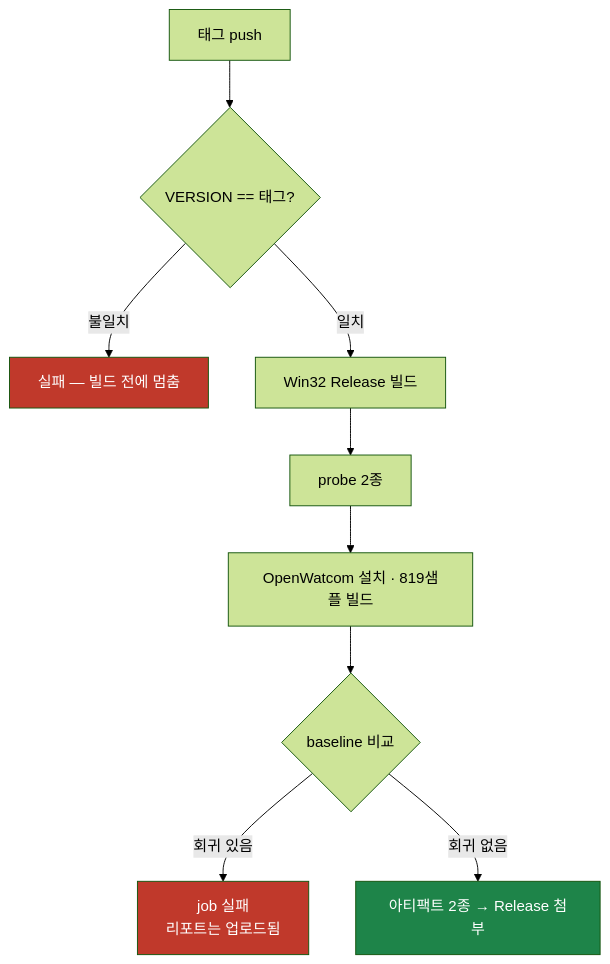
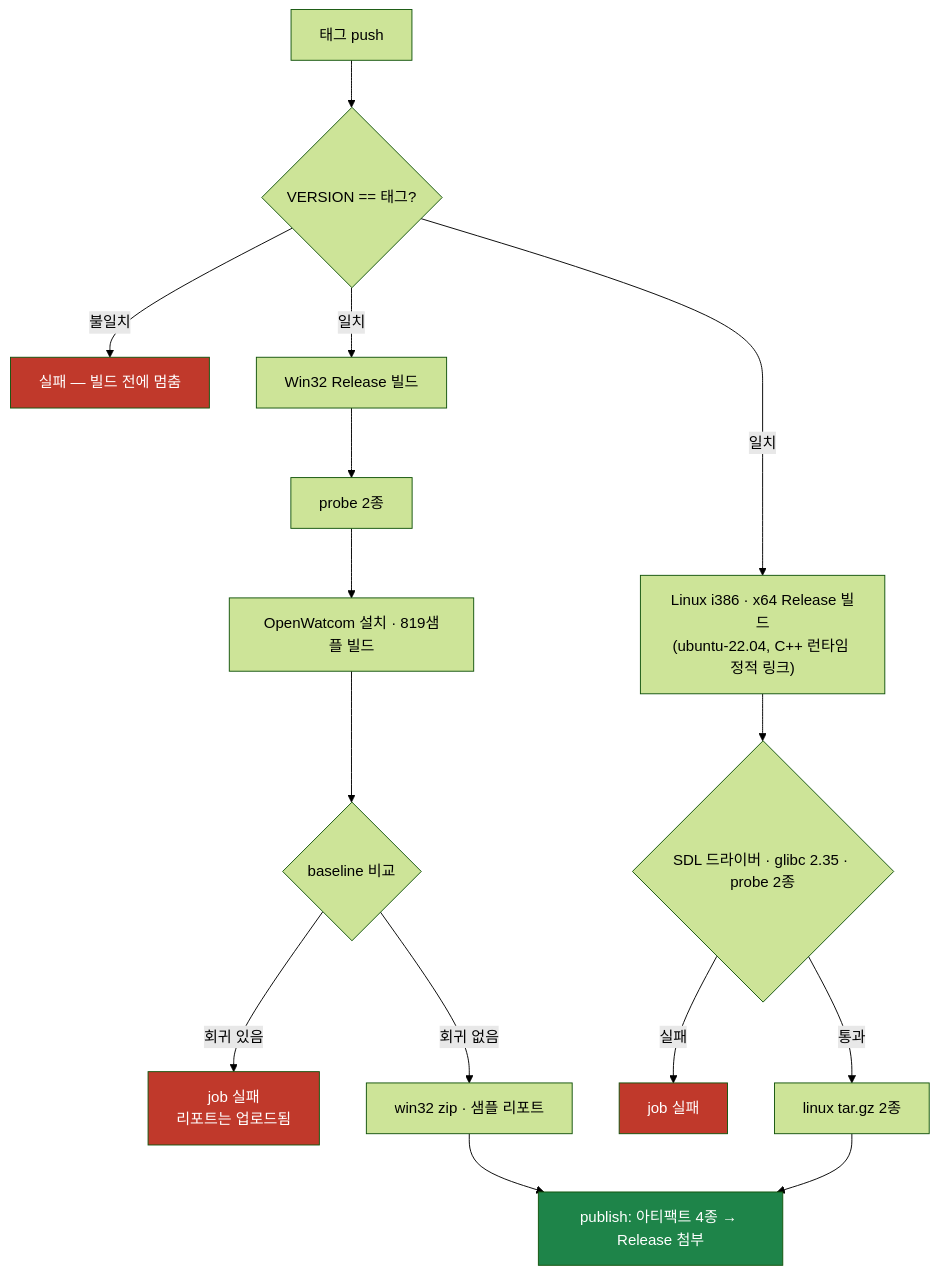
The diagram in docs/guides/release-and-ci.md (nworkers/rePIU), drawn with Mermaid (forest theme) before and after one commit. The commit also changed other lines of this file and 10 other files, not shown here.

First line of the commit message:
rePIU v0.0.199: Linux i386 and x64 archives in the GitHub release

````diff
--- a/docs/guides/release-and-ci.md
+++ b/docs/guides/release-and-ci.md
@@ -23,14 +25,21 @@
 ```mermaid
 flowchart TD
     A["태그 push"] --> B{"VERSION == 태그?"}
     B -->|불일치| X["실패 — 빌드 전에 멈춤"]
     B -->|일치| C["Win32 Release 빌드"]
+    B -->|일치| L["Linux i386 · x64 Release 빌드<br/>(ubuntu-22.04, C++ 런타임 정적 링크)"]
     C --> D["probe 2종"]
     D --> E["OpenWatcom 설치 · 819샘플 빌드"]
     E --> F{"baseline 비교"}
     F -->|회귀 있음| G["job 실패<br/>리포트는 업로드됨"]
-    F -->|회귀 없음| H["아티팩트 2종 → Release 첨부"]
+    F -->|회귀 없음| W["win32 zip · 샘플 리포트"]
+    L --> M{"SDL 드라이버 · glibc 2.35 · probe 2종"}
+    M -->|실패| G2["job 실패"]
+    M -->|통과| T["linux tar.gz 2종"]
+    W --> H["publish: 아티팩트 4종 → Release 첨부"]
+    T --> H
     style X fill:#c0392b,color:#fff
     style G fill:#c0392b,color:#fff
+    style G2 fill:#c0392b,color:#fff
     style H fill:#1e8449,color:#fff
 ```
````
